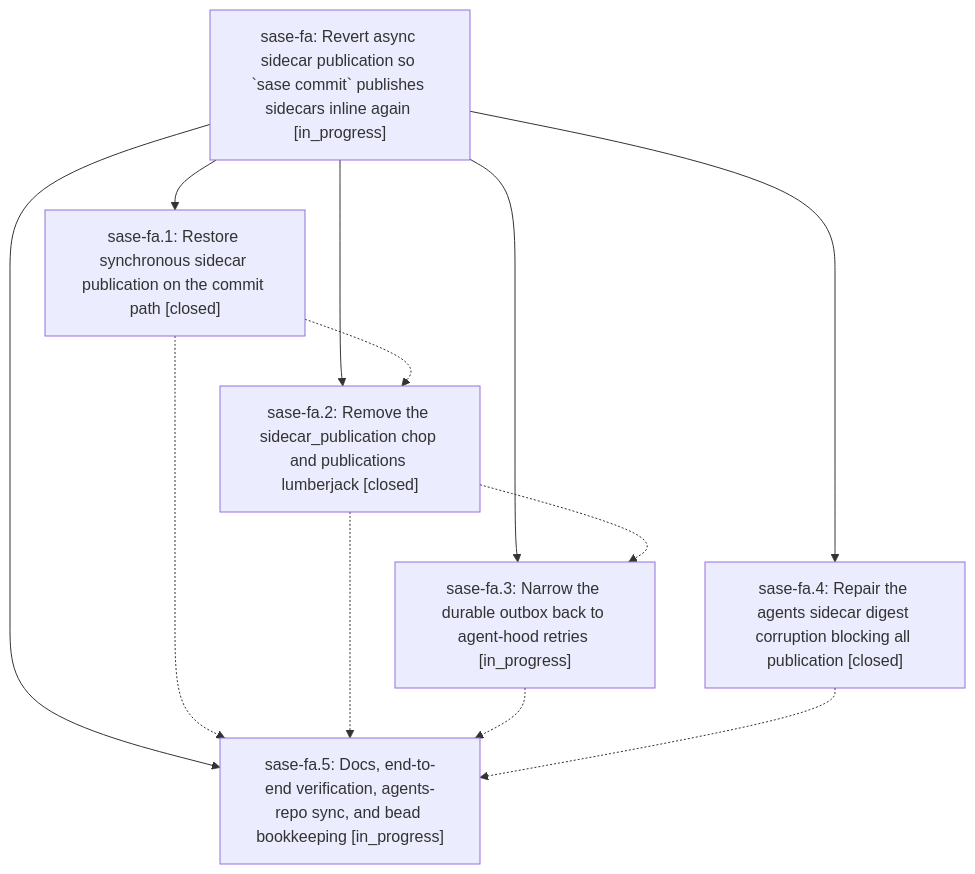
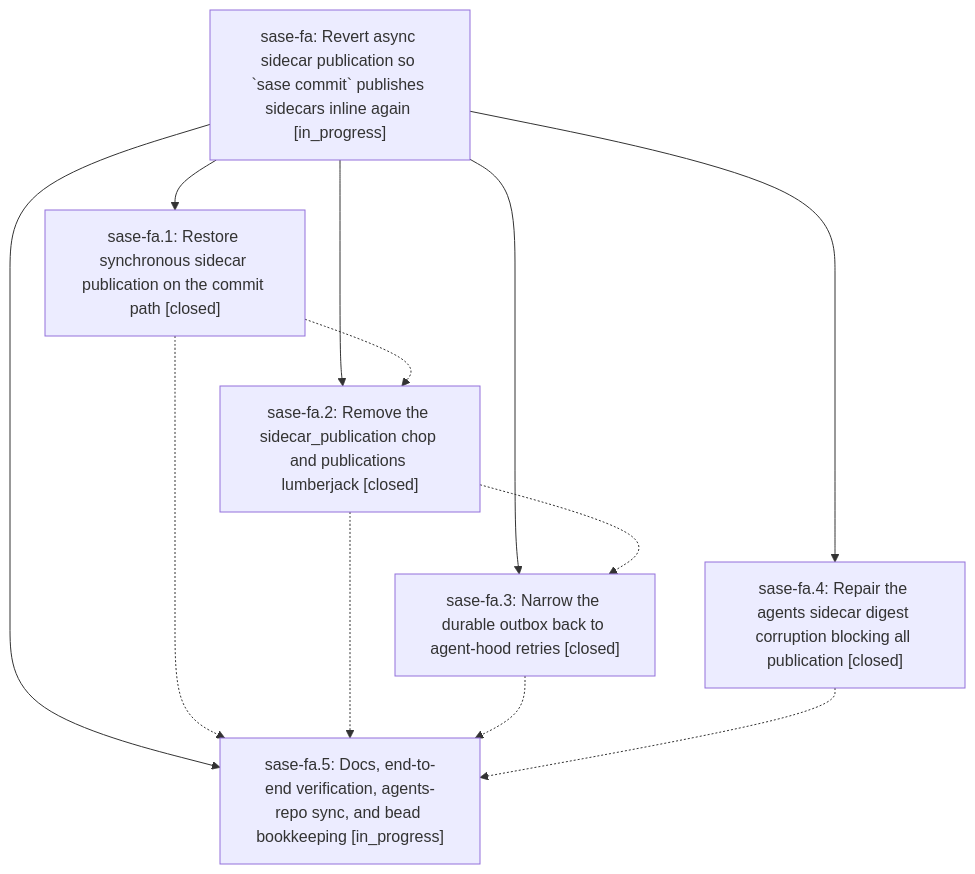
One commit to sase-org/sase--beads changed the diagram in pages/sase-fa/README.md. Above: the diagram before and after it, drawn with Mermaid. The commit also changed other lines of this file and 3 other files, not shown here.

````diff
--- a/pages/sase-fa/README.md
+++ b/pages/sase-fa/README.md
@@ -26,20 +26,20 @@
 ```mermaid
 flowchart TD
     n0["sase-fa: Revert async sidecar publication so `sase commit` publishes sidecars inline again [in_progress]"]
     n1["sase-fa.1: Restore synchronous sidecar publication on the commit path [closed]"]
     n2["sase-fa.2: Remove the sidecar_publication chop and publications lumberjack [closed]"]
-    n3["sase-fa.3: Narrow the durable outbox back to agent-hood retries [in_progress]"]
+    n3["sase-fa.3: Narrow the durable outbox back to agent-hood retries [closed]"]
     n4["sase-fa.4: Repair the agents sidecar digest corruption blocking all publication [closed]"]
     n5["sase-fa.5: Docs, end-to-end verification, agents-repo sync, and bead bookkeeping [in_progress]"]
     n0 --> n1
     n0 --> n2
     n0 --> n3
     n0 --> n4
     n0 --> n5
     n1 -.-> n2
     n1 -.-> n5
     n2 -.-> n3
     n2 -.-> n5
     n3 -.-> n5
     n4 -.-> n5
 ```
````
